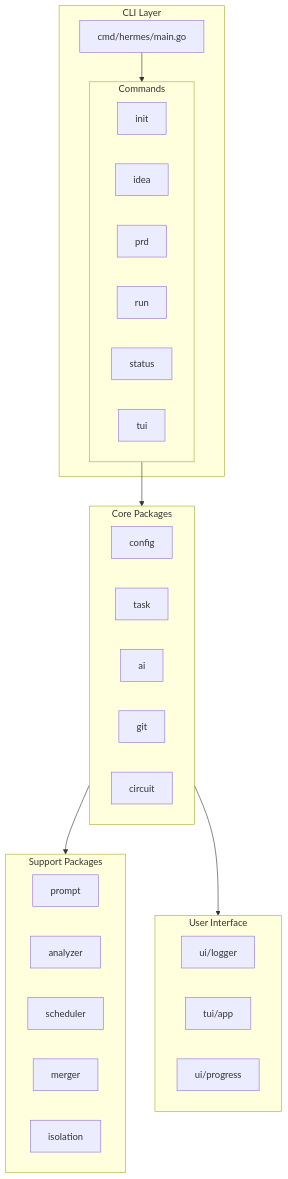
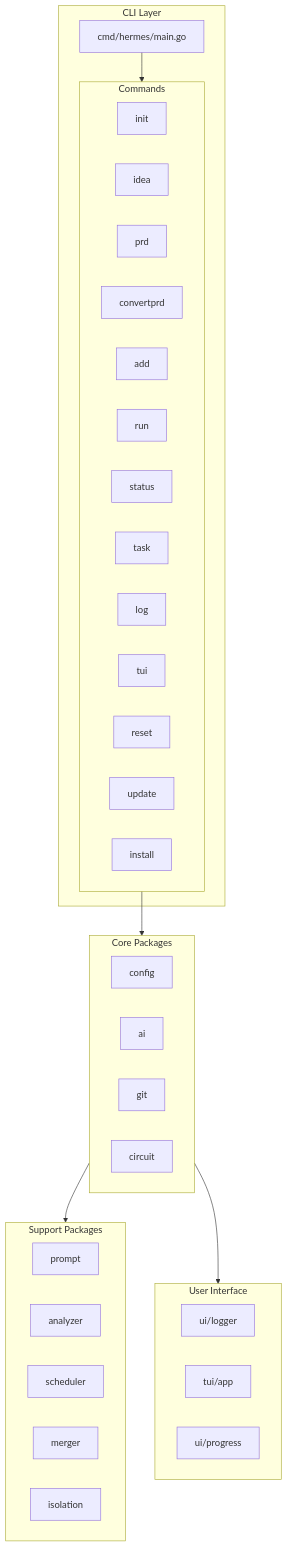
The first of 9 diagrams in architecture-overview.md (KilimcininKorOglu/Hermes-Autonomous-Agent), drawn with Mermaid before and after one commit. The commit also changed other lines of this file and 5 other files, not shown here.

````diff
--- a/architecture-overview.md
+++ b/architecture-overview.md
@@ -9,41 +9,48 @@
 ```mermaid
 flowchart TB
     subgraph CLI[CLI Layer]
         main[cmd/hermes/main.go]
         subgraph Commands
             init[init]
             idea[idea]
             prd[prd]
+            convertprd[convertprd]
+            add[add]
             run[run]
             status[status]
+            task[task]
+            log[log]
             tui[tui]
+            reset[reset]
+            update[update]
+            install[install]
         end
     end
 
     subgraph Core[Core Packages]
         config[config]
         task[task]
         ai[ai]
         git[git]
         circuit[circuit]
     end
 
     subgraph Support[Support Packages]
         prompt[prompt]
         analyzer[analyzer]
         scheduler[scheduler]
         merger[merger]
         isolation[isolation]
     end
 
     subgraph UI[User Interface]
         logger[ui/logger]
         tui_app[tui/app]
         progress[ui/progress]
     end
 
     main --> Commands
     Commands --> Core
     Core --> Support
     Core --> UI
 ```
````
